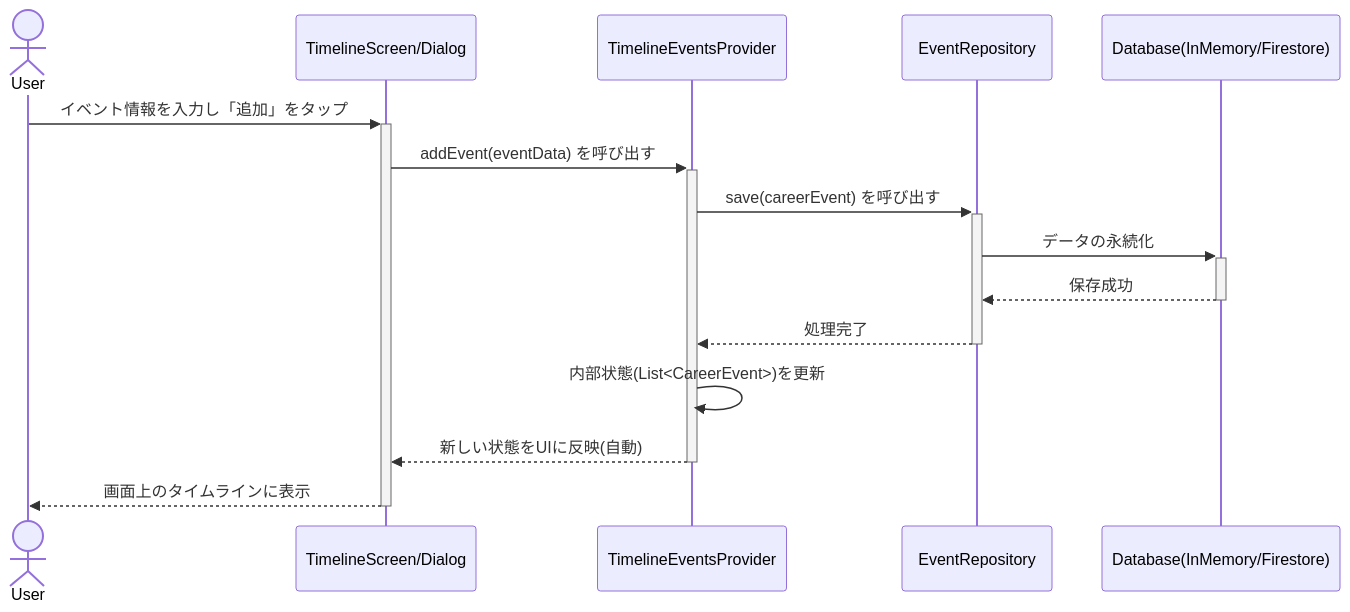
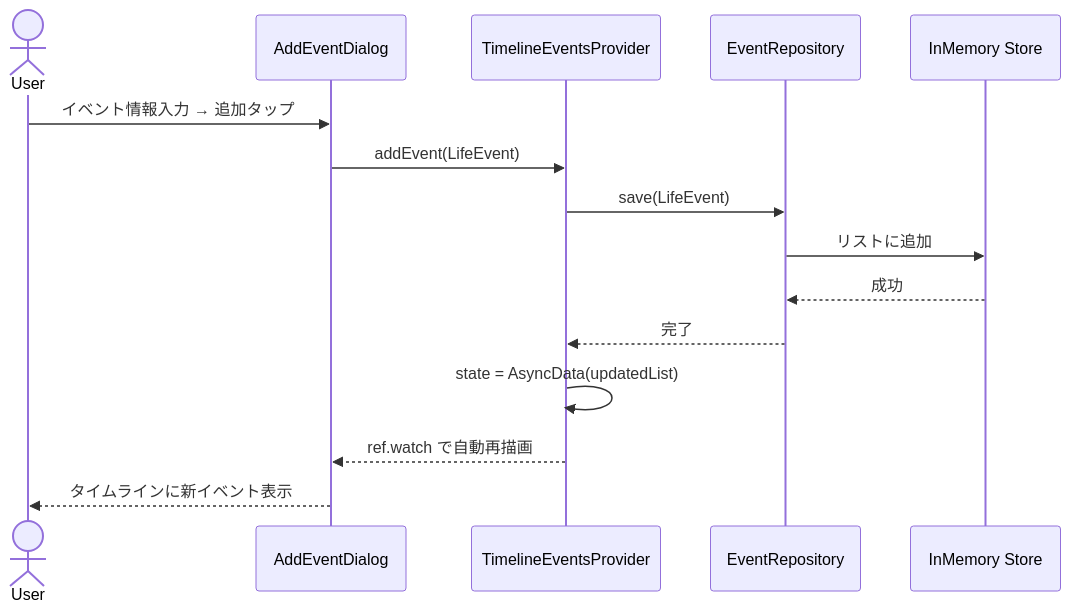
One commit to vdnih/life-compass-tokyo changed the second of 2 diagrams in docs/SOFTWARE_ARCHITECTURE.md. Above: the diagram before and after it, drawn with Mermaid. The commit also changed other lines of this file and 10 other files, not shown here.

````diff
--- a/docs/SOFTWARE_ARCHITECTURE.md
+++ b/docs/SOFTWARE_ARCHITECTURE.md
@@ -109,18 +109,18 @@
 ```mermaid
 sequenceDiagram
     actor User
-    participant UI as TimelineScreen/Dialog
+    participant UI as AddEventDialog
     participant Logic as TimelineEventsProvider
     participant Data as EventRepository
-    participant External as Database(InMemory/Firestore)
+    participant Store as InMemory Store
 
-    User->>+UI: イベント情報を入力し「追加」をタップ
-    UI->>+Logic: addEvent(eventData) を呼び出す
-    Logic->>+Data: save(careerEvent) を呼び出す
-    Data->>+External: データの永続化
-    External-->>-Data: 保存成功
-    Data-->>-Logic: 処理完了
-    Logic->>Logic: 内部状態(List<CareerEvent>)を更新
-    Logic-->>-UI: 新しい状態をUIに反映(自動)
-    UI-->>-User: 画面上のタイムラインに表示
+    User->>UI: イベント情報入力 → 追加タップ
+    UI->>Logic: addEvent(LifeEvent)
+    Logic->>Data: save(LifeEvent)
+    Data->>Store: リストに追加
+    Store-->>Data: 成功
+    Data-->>Logic: 完了
+    Logic->>Logic: state = AsyncData(updatedList)
+    Logic-->>UI: ref.watch で自動再描画
+    UI-->>User: タイムラインに新イベント表示
 ```
````
